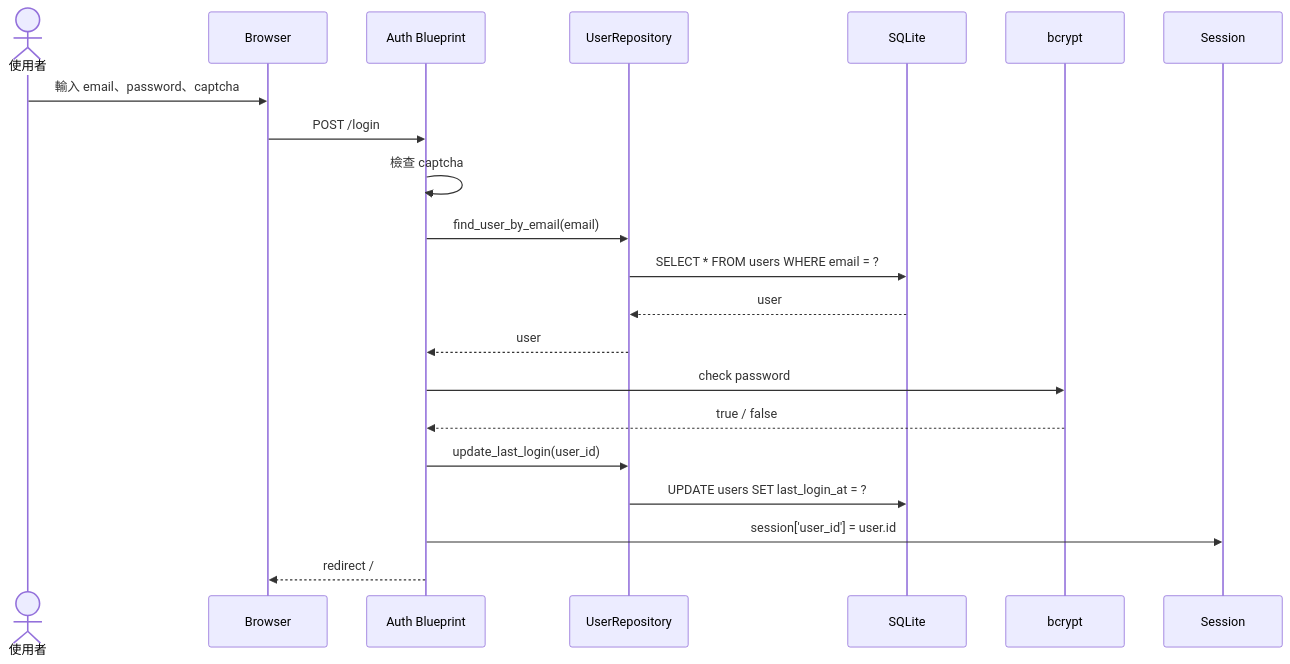
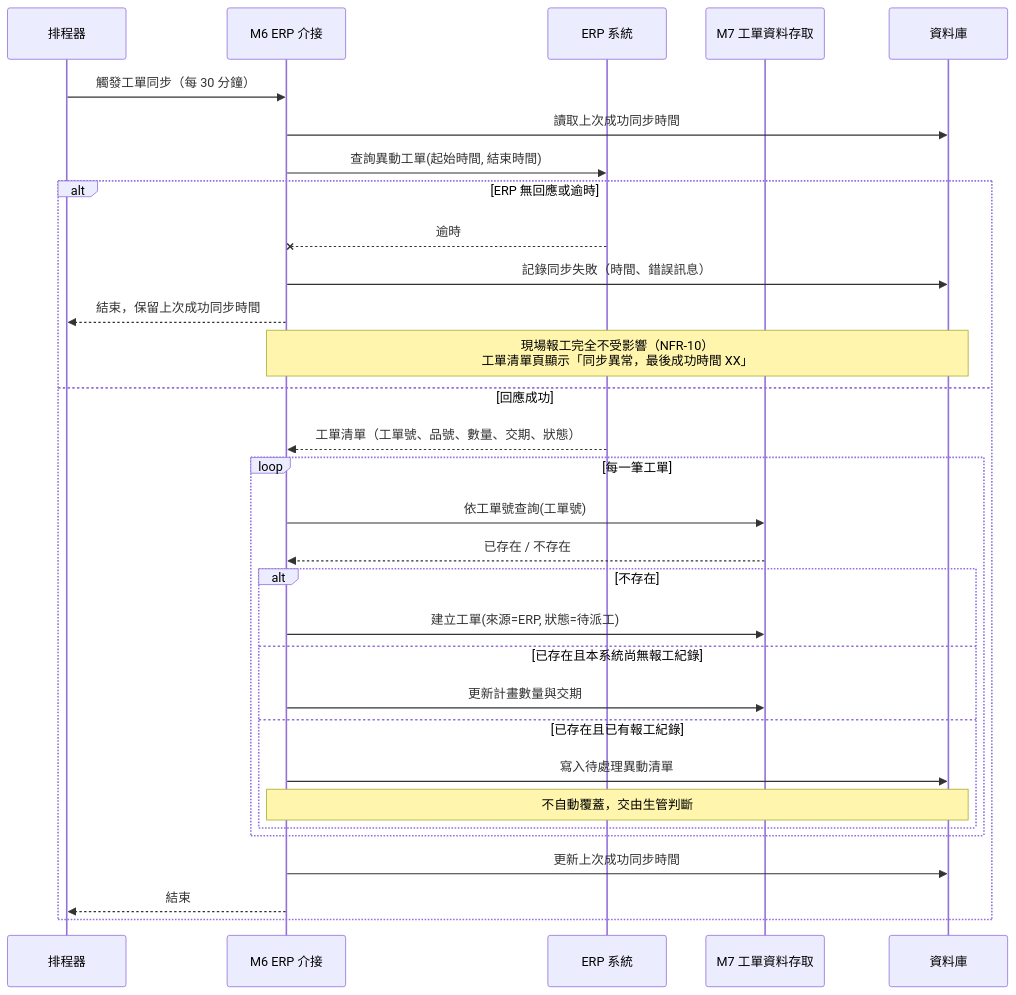
One commit to billy1125/system-analysis-and-design changed the fifth of 9 diagrams in example-system/Design-Phase-Deliverables.md. Above: the diagram before and after it, drawn with Mermaid. The commit also changed other lines of this file and 5 other files, not shown here.

````diff
--- a/example-system/Design-Phase-Deliverables.md
+++ b/example-system/Design-Phase-Deliverables.md
@@ -438,24 +674,35 @@
 ```mermaid
 sequenceDiagram
-    actor User as 使用者
-    participant Browser as Browser
-    participant Auth as Auth Blueprint
-    participant Repo as UserRepository
-    participant DB as SQLite
-    participant Bcrypt as bcrypt
-    participant Session as Session
+    participant S as 排程器
+    participant M6 as M6 ERP 介接
+    participant ERP as ERP 系統
+    participant M7 as M7 工單資料存取
+    participant DB as 資料庫
 
-    User->>Browser: 輸入 email、password、captcha
-    Browser->>Auth: POST /login
-    Auth->>Auth: 檢查 captcha
-    Auth->>Repo: find_user_by_email(email)
-    Repo->>DB: SELECT * FROM users WHERE email = ?
-    DB-->>Repo: user
-    Repo-->>Auth: user
-    Auth->>Bcrypt: check password
-    Bcrypt-->>Auth: true / false
-    Auth->>Repo: update_last_login(user_id)
-    Repo->>DB: UPDATE users SET last_login_at = ?
-    Auth->>Session: session['user_id'] = user.id
-    Auth-->>Browser: redirect /
+    S->>M6: 觸發工單同步（每 30 分鐘）
+    M6->>DB: 讀取上次成功同步時間
+    M6->>ERP: 查詢異動工單(起始時間, 結束時間)
+
+    alt ERP 無回應或逾時
+        ERP--xM6: 逾時
+        M6->>DB: 記錄同步失敗（時間、錯誤訊息）
+        M6-->>S: 結束，保留上次成功同步時間
+        Note over M6,DB: 現場報工完全不受影響（NFR-10）<br/>工單清單頁顯示「同步異常，最後成功時間 XX」
+    else 回應成功
+        ERP-->>M6: 工單清單（工單號、品號、數量、交期、狀態）
+        loop 每一筆工單
+            M6->>M7: 依工單號查詢(工單號)
+            M7-->>M6: 已存在 / 不存在
+            alt 不存在
+                M6->>M7: 建立工單(來源=ERP, 狀態=待派工)
+            else 已存在且本系統尚無報工紀錄
+                M6->>M7: 更新計畫數量與交期
+            else 已存在且已有報工紀錄
+                M6->>DB: 寫入待處理異動清單
+                Note over M6,DB: 不自動覆蓋，交由生管判斷
+            end
+        end
+        M6->>DB: 更新上次成功同步時間
+        M6-->>S: 結束
+    end
 ```
````
